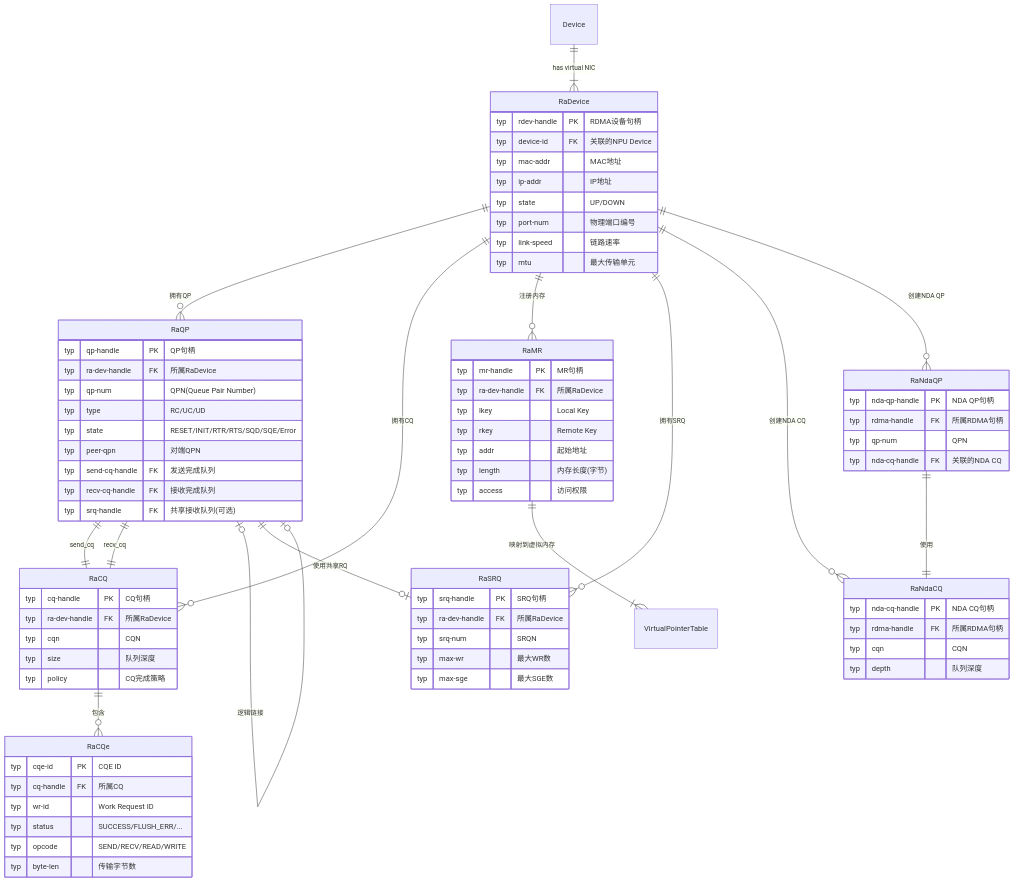
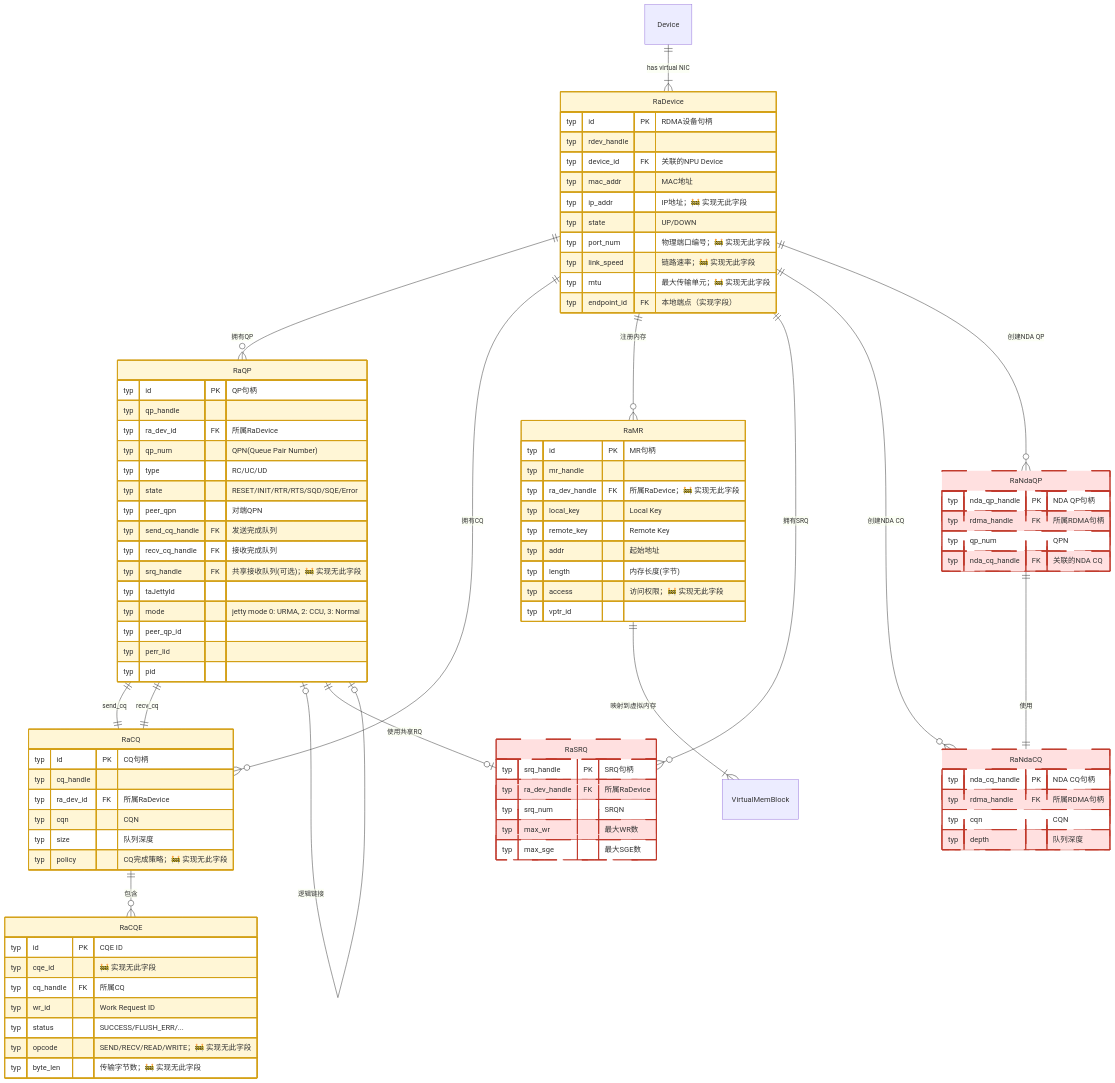
Diagram 14 of 19 in test/hccl_vm/docs/simulator_runner_data_model.md (Fengfengst123/hcomm-mirror), drawn with Mermaid before and after one commit. The commit also changed other lines of this file and 701 other files, not shown here.

````diff
--- a/test/hccl_vm/docs/simulator_runner_data_model.md
+++ b/test/hccl_vm/docs/simulator_runner_data_model.md
@@ -955,93 +1181,111 @@
 erDiagram
     %% ==========================================
     %% RDMA设备与资源 (RaRdev, RaQp, RaMr 接口)
+    %% 🧠 可进程私有：RaQP / RaCQ / RaCQE / RaMR / RaDevice（仅 src/proxy 访问；RaQP 有对端过滤）
     %% ==========================================
     Device ||--|{ RaDevice : "has virtual NIC"
     RaDevice {
-        typ rdev-handle PK "RDMA设备句柄"
-        typ device-id FK "关联的NPU Device"
-        typ mac-addr "MAC地址"
-        typ ip-addr "IP地址"
+        typ id PK "RDMA设备句柄"
+        typ rdev_handle
+        typ device_id FK "关联的NPU Device"
+        typ mac_addr "MAC地址"
+        typ ip_addr "IP地址；🚧 实现无此字段"
         typ state "UP/DOWN"
-        typ port-num "物理端口编号"
-        typ link-speed "链路速率"
-        typ mtu "最大传输单元"
+        typ port_num "物理端口编号；🚧 实现无此字段"
+        typ link_speed "链路速率；🚧 实现无此字段"
+        typ mtu "最大传输单元；🚧 实现无此字段"
+        typ endpoint_id FK "本地端点（实现字段）"
     }
-    
+
     %% RDMA核心：QP (Queue Pair)
     RaQP {
-        typ qp-handle PK "QP句柄"
-        typ ra-dev-handle FK "所属RaDevice"
-        typ qp-num "QPN(Queue Pair Number)"
+        typ id PK "QP句柄"
+        typ qp_handle
+        typ ra_dev_id FK "所属RaDevice"
+        typ qp_num "QPN(Queue Pair Number)"
         typ type "RC/UC/UD"
         typ state "RESET/INIT/RTR/RTS/SQD/SQE/Error"
-        typ peer-qpn "对端QPN"
-        typ send-cq-handle FK "发送完成队列"
-        typ recv-cq-handle FK "接收完成队列"
-        typ srq-handle FK "共享接收队列(可选)"
+        typ peer_qpn "对端QPN"
+        typ send_cq_handle FK "发送完成队列"
+        typ recv_cq_handle FK "接收完成队列"
+        typ srq_handle FK "共享接收队列(可选)；🚧 实现无此字段"
+        typ taJettyId
+        typ mode "jetty mode 0: URMA, 2: CCU, 3: Normal"
+        typ peer_qp_id
+        typ perr_lid
+        typ pid
     }
     RaDevice ||--o{ RaQP : "拥有QP"
     RaQP ||--|| RaCQ : "send_cq"
     RaQP ||--|| RaCQ : "recv_cq"
     RaQP |o--o| RaQP : "逻辑链接"
     RaQP ||--o| RaSRQ : "使用共享RQ"
-    
+
     %% 完成队列 CQ
     RaCQ {
-        typ cq-handle PK "CQ句柄"
-        typ ra-dev-handle FK "所属RaDevice"
+        typ id PK "CQ句柄"
+        typ cq_handle
+        typ ra_dev_id FK "所属RaDevice"
         typ cqn "CQN"
         typ size "队列深度"
-        typ policy "CQ完成策略"
+        typ policy "CQ完成策略；🚧 实现无此字段"
     }
-    RaCQe {
-        typ cqe-id PK "CQE ID"
-        typ cq-handle FK "所属CQ"
-        typ wr-id "Work Request ID"
+    RaCQE {
+        typ id PK "CQE ID"
+        typ cqe_id "🚧 实现无此字段"
+        typ cq_handle FK "所属CQ"
+        typ wr_id "Work Request ID"
         typ status "SUCCESS/FLUSH_ERR/..."
-        typ opcode "SEND/RECV/READ/WRITE"
-        typ byte-len "传输字节数"
+        typ opcode "SEND/RECV/READ/WRITE；🚧 实现无此字段"
+        typ byte_len "传输字节数；🚧 实现无此字段"
     }
     RaDevice ||--o{ RaCQ : "拥有CQ"
-    RaCQ ||--o{ RaCQe : "包含"
-    
+    RaCQ ||--o{ RaCQE : "包含"
+
     %% 内存注册 MR
     RaMR {
-        typ mr-handle PK "MR句柄"
-        typ ra-dev-handle FK "所属RaDevice"
-        typ lkey "Local Key"
-        typ rkey "Remote Key"
+        typ id PK "MR句柄"
+        typ mr_handle
+        typ ra_dev_handle FK "所属RaDevice；🚧 实现无此字段"
+        typ local_key "Local Key"
+        typ remote_key "Remote Key"
         typ addr "起始地址"
         typ length "内存长度(字节)"
-        typ access "访问权限"
+        typ access "访问权限；🚧 实现无此字段"
+        typ vptr_id
     }
     RaDevice ||--o{ RaMR : "注册内存"
-    RaMR ||--|{ VirtualPointerTable : "映射到虚拟内存"
-    
+    RaMR ||--|{ VirtualMemBlock : "映射到虚拟内存"
+
     %% 共享接收队列 SRQ
     RaSRQ {
-        typ srq-handle PK "SRQ句柄"
-        typ ra-dev-handle FK "所属RaDevice"
-        typ srq-num "SRQN"
-        typ max-wr "最大WR数"
-        typ max-sge "最大SGE数"
+        typ srq_handle PK "SRQ句柄"
+        typ ra_dev_handle FK "所属RaDevice"
+        typ srq_num "SRQN"
+        typ max_wr "最大WR数"
+        typ max_sge "最大SGE数"
     }
     RaDevice ||--o{ RaSRQ : "拥有SRQ"
-    
+
     %% NDA直接访问
     RaNdaCQ {
-        typ nda-cq-handle PK "NDA CQ句柄"
-        typ rdma-handle FK "所属RDMA句柄"
+        typ nda_cq_handle PK "NDA CQ句柄"
+        typ rdma_handle FK "所属RDMA句柄"
         typ cqn "CQN"
         typ depth "队列深度"
     }
     RaNdaQP {
-        typ nda-qp-handle PK "NDA QP句柄"
-        typ rdma-handle FK "所属RDMA句柄"
-        typ qp-num "QPN"
-        typ nda-cq-handle FK "关联的NDA CQ"
+        typ nda_qp_handle PK "NDA QP句柄"
+        typ rdma_handle FK "所属RDMA句柄"
+        typ qp_num "QPN"
+        typ nda_cq_handle FK "关联的NDA CQ"
     }
     RaDevice ||--o{ RaNdaCQ : "创建NDA CQ"
     RaDevice ||--o{ RaNdaQP : "创建NDA QP"
     RaNdaQP ||--|| RaNdaCQ : "使用"
+
+    classDef unimplemented fill:#ffe0e0,stroke:#c0392b,stroke-width:2px,stroke-dasharray:5 3
+    classDef inproc fill:#fff6d6,stroke:#d4a017,stroke-width:2px
+    class RaSRQ,RaNdaCQ,RaNdaQP unimplemented
+    class RaDevice,RaQP,RaCQ,RaCQE,RaMR inproc
 ```
````
